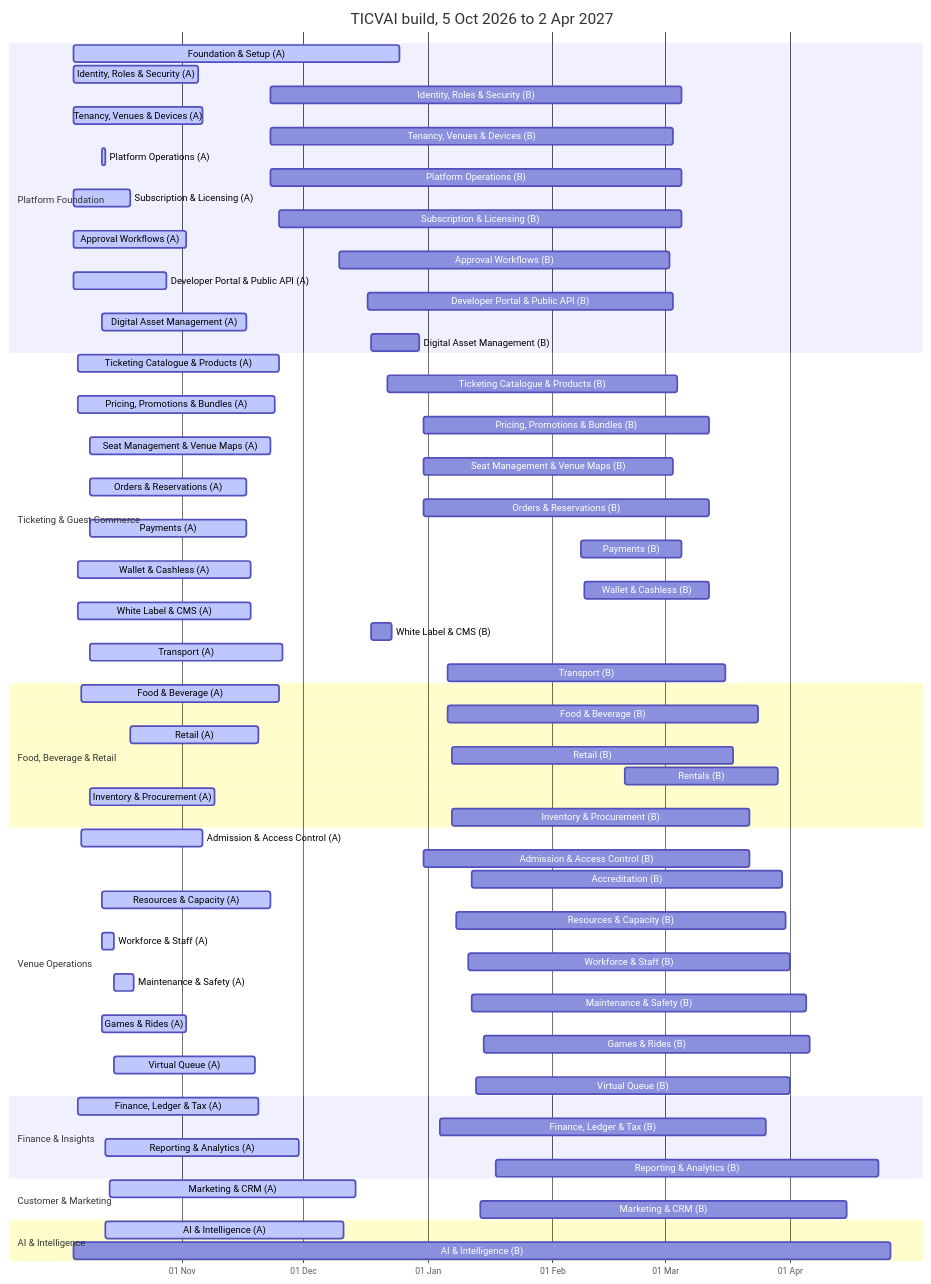
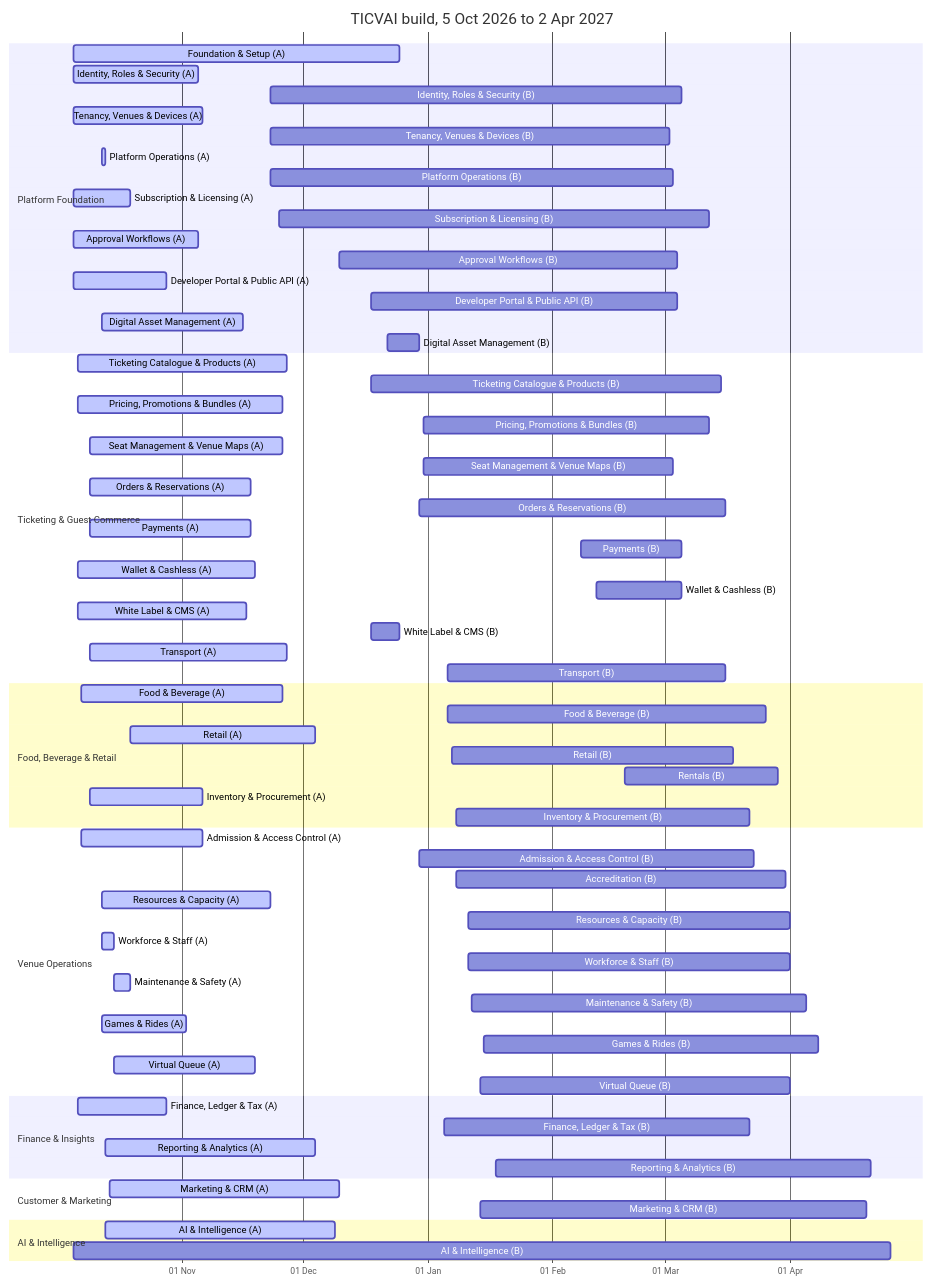
The diagram in ticvai/docs/active/build-plan-presentation.md (Diretide298/Solution_Architecture), drawn with Mermaid before and after one commit. The commit also changed other lines of this file and 2 other files, not shown here.

````diff
--- a/ticvai/docs/active/build-plan-presentation.md
+++ b/ticvai/docs/active/build-plan-presentation.md
@@ -48,72 +48,72 @@
 ```mermaid
 gantt
   dateFormat YYYY-MM-DD
   axisFormat %d %b
   title TICVAI build, 5 Oct 2026 to 2 Apr 2027
   section Platform Foundation
   Foundation & Setup (A) :active, 2026-10-05, 2026-12-25
   Identity, Roles & Security (A) :active, 2026-10-05, 2026-11-05
   Identity, Roles & Security (B) :2026-11-23, 2027-03-05
   Tenancy, Venues & Devices (A) :active, 2026-10-05, 2026-11-06
-  Tenancy, Venues & Devices (B) :2026-11-23, 2027-03-03
+  Tenancy, Venues & Devices (B) :2026-11-23, 2027-03-02
   Platform Operations (A) :active, 2026-10-12, 2026-10-13
-  Platform Operations (B) :2026-11-23, 2027-03-05
+  Platform Operations (B) :2026-11-23, 2027-03-03
   Subscription & Licensing (A) :active, 2026-10-05, 2026-10-19
-  Subscription & Licensing (B) :2026-11-25, 2027-03-05
-  Approval Workflows (A) :active, 2026-10-05, 2026-11-02
-  Approval Workflows (B) :2026-12-10, 2027-03-02
+  Subscription & Licensing (B) :2026-11-25, 2027-03-12
+  Approval Workflows (A) :active, 2026-10-05, 2026-11-05
+  Approval Workflows (B) :2026-12-10, 2027-03-04
   Developer Portal & Public API (A) :active, 2026-10-05, 2026-10-28
-  Developer Portal & Public API (B) :2026-12-17, 2027-03-03
-  Digital Asset Management (A) :active, 2026-10-12, 2026-11-17
-  Digital Asset Management (B) :2026-12-18, 2026-12-30
+  Developer Portal & Public API (B) :2026-12-18, 2027-03-04
+  Digital Asset Management (A) :active, 2026-10-12, 2026-11-16
+  Digital Asset Management (B) :2026-12-22, 2026-12-30
   section Ticketing & Guest Commerce
-  Ticketing Catalogue & Products (A) :active, 2026-10-06, 2026-11-25
-  Ticketing Catalogue & Products (B) :2026-12-22, 2027-03-04
-  Pricing, Promotions & Bundles (A) :active, 2026-10-06, 2026-11-24
+  Ticketing Catalogue & Products (A) :active, 2026-10-06, 2026-11-27
+  Ticketing Catalogue & Products (B) :2026-12-18, 2027-03-15
+  Pricing, Promotions & Bundles (A) :active, 2026-10-06, 2026-11-26
   Pricing, Promotions & Bundles (B) :2026-12-31, 2027-03-12
-  Seat Management & Venue Maps (A) :active, 2026-10-09, 2026-11-23
+  Seat Management & Venue Maps (A) :active, 2026-10-09, 2026-11-26
   Seat Management & Venue Maps (B) :2026-12-31, 2027-03-03
-  Orders & Reservations (A) :active, 2026-10-09, 2026-11-17
-  Orders & Reservations (B) :2026-12-31, 2027-03-12
-  Payments (A) :active, 2026-10-09, 2026-11-17
+  Orders & Reservations (A) :active, 2026-10-09, 2026-11-18
+  Orders & Reservations (B) :2026-12-30, 2027-03-16
+  Payments (A) :active, 2026-10-09, 2026-11-18
   Payments (B) :2027-02-08, 2027-03-05
-  Wallet & Cashless (A) :active, 2026-10-06, 2026-11-18
-  Wallet & Cashless (B) :2027-02-09, 2027-03-12
-  White Label & CMS (A) :active, 2026-10-06, 2026-11-18
-  White Label & CMS (B) :2026-12-18, 2026-12-23
-  Transport (A) :active, 2026-10-09, 2026-11-26
+  Wallet & Cashless (A) :active, 2026-10-06, 2026-11-19
+  Wallet & Cashless (B) :2027-02-12, 2027-03-05
+  White Label & CMS (A) :active, 2026-10-06, 2026-11-17
+  White Label & CMS (B) :2026-12-18, 2026-12-25
+  Transport (A) :active, 2026-10-09, 2026-11-27
   Transport (B) :2027-01-06, 2027-03-16
   section Food, Beverage & Retail
-  Food & Beverage (A) :active, 2026-10-07, 2026-11-25
-  Food & Beverage (B) :2027-01-06, 2027-03-24
-  Retail (A) :active, 2026-10-19, 2026-11-20
+  Food & Beverage (A) :active, 2026-10-07, 2026-11-26
+  Food & Beverage (B) :2027-01-06, 2027-03-26
+  Retail (A) :active, 2026-10-19, 2026-12-04
   Retail (B) :2027-01-07, 2027-03-18
   Rentals (B) :2027-02-19, 2027-03-29
-  Inventory & Procurement (A) :active, 2026-10-09, 2026-11-09
-  Inventory & Procurement (B) :2027-01-07, 2027-03-22
+  Inventory & Procurement (A) :active, 2026-10-09, 2026-11-06
+  Inventory & Procurement (B) :2027-01-08, 2027-03-22
   section Venue Operations
   Admission & Access Control (A) :active, 2026-10-07, 2026-11-06
-  Admission & Access Control (B) :2026-12-31, 2027-03-22
-  Accreditation (B) :2027-01-12, 2027-03-30
+  Admission & Access Control (B) :2026-12-30, 2027-03-23
+  Accreditation (B) :2027-01-08, 2027-03-31
   Resources & Capacity (A) :active, 2026-10-12, 2026-11-23
-  Resources & Capacity (B) :2027-01-08, 2027-03-31
+  Resources & Capacity (B) :2027-01-11, 2027-04-01
   Workforce & Staff (A) :active, 2026-10-12, 2026-10-15
   Workforce & Staff (B) :2027-01-11, 2027-04-01
-  Maintenance & Safety (A) :active, 2026-10-15, 2026-10-20
+  Maintenance & Safety (A) :active, 2026-10-15, 2026-10-19
   Maintenance & Safety (B) :2027-01-12, 2027-04-05
   Games & Rides (A) :active, 2026-10-12, 2026-11-02
-  Games & Rides (B) :2027-01-15, 2027-04-06
+  Games & Rides (B) :2027-01-15, 2027-04-08
   Virtual Queue (A) :active, 2026-10-15, 2026-11-19
-  Virtual Queue (B) :2027-01-13, 2027-04-01
+  Virtual Queue (B) :2027-01-14, 2027-04-01
   section Finance & Insights
-  Finance, Ledger & Tax (A) :active, 2026-10-06, 2026-11-20
-  Finance, Ledger & Tax (B) :2027-01-04, 2027-03-26
-  Reporting & Analytics (A) :active, 2026-10-13, 2026-11-30
-  Reporting & Analytics (B) :2027-01-18, 2027-04-23
+  Finance, Ledger & Tax (A) :active, 2026-10-06, 2026-10-28
+  Finance, Ledger & Tax (B) :2027-01-05, 2027-03-22
+  Reporting & Analytics (A) :active, 2026-10-13, 2026-12-04
+  Reporting & Analytics (B) :2027-01-18, 2027-04-21
   section Customer & Marketing
-  Marketing & CRM (A) :active, 2026-10-14, 2026-12-14
-  Marketing & CRM (B) :2027-01-14, 2027-04-15
+  Marketing & CRM (A) :active, 2026-10-14, 2026-12-10
+  Marketing & CRM (B) :2027-01-14, 2027-04-20
   section AI & Intelligence
-  AI & Intelligence (A) :active, 2026-10-13, 2026-12-11
+  AI & Intelligence (A) :active, 2026-10-13, 2026-12-09
   AI & Intelligence (B) :2026-10-05, 2027-04-26
 ```
````
